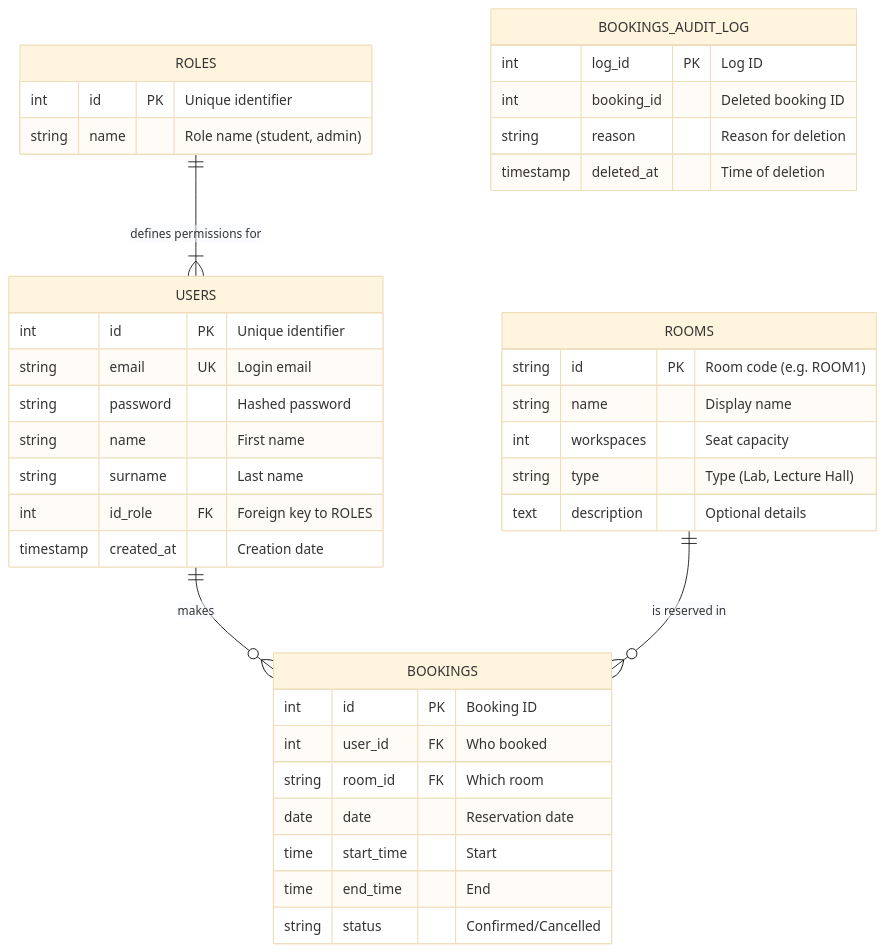
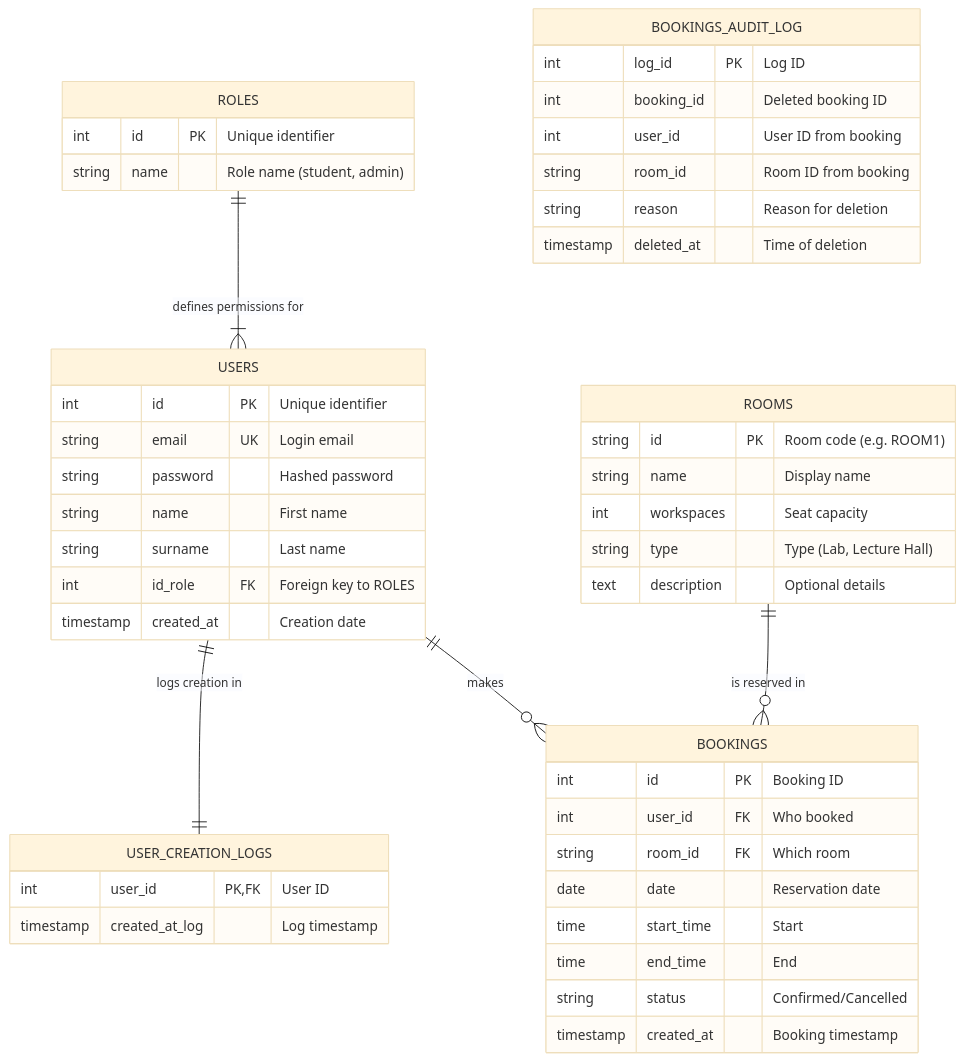
One commit to styliana/SPOT changed the second of 2 diagrams in README.md. Above: the diagram before and after it, drawn with Mermaid (base theme). The commit also changed other lines of this file, not shown here.

````diff
--- a/README.md
+++ b/README.md
@@ -71,47 +71,56 @@
 ```mermaid
 erDiagram
     ROLES {
         int id PK "Unique identifier"
         string name "Role name (student, admin)"
     }
 
     USERS {
         int id PK "Unique identifier"
         string email UK "Login email"
         string password "Hashed password"
         string name "First name"
         string surname "Last name"
         int id_role FK "Foreign key to ROLES"
         timestamp created_at "Creation date"
+    }
+
+    USER_CREATION_LOGS {
+        int user_id PK,FK "User ID"
+        timestamp created_at_log "Log timestamp"
     }
 
     ROOMS {
         string id PK "Room code (e.g. ROOM1)"
         string name "Display name"
         int workspaces "Seat capacity"
         string type "Type (Lab, Lecture Hall)"
         text description "Optional details"
     }
 
     BOOKINGS {
         int id PK "Booking ID"
         int user_id FK "Who booked"
         string room_id FK "Which room"
         date date "Reservation date"
         time start_time "Start"
         time end_time "End"
         string status "Confirmed/Cancelled"
+        timestamp created_at "Booking timestamp"
     }
 
     BOOKINGS_AUDIT_LOG {
         int log_id PK "Log ID"
         int booking_id "Deleted booking ID"
+        int user_id "User ID from booking"
+        string room_id "Room ID from booking"
         string reason "Reason for deletion"
         timestamp deleted_at "Time of deletion"
     }
 
     %% Relacje
     ROLES ||--|{ USERS : "defines permissions for"
+    USERS ||--|| USER_CREATION_LOGS : "logs creation in"
     USERS ||--o{ BOOKINGS : "makes"
     ROOMS ||--o{ BOOKINGS : "is reserved in"
 ```
````
